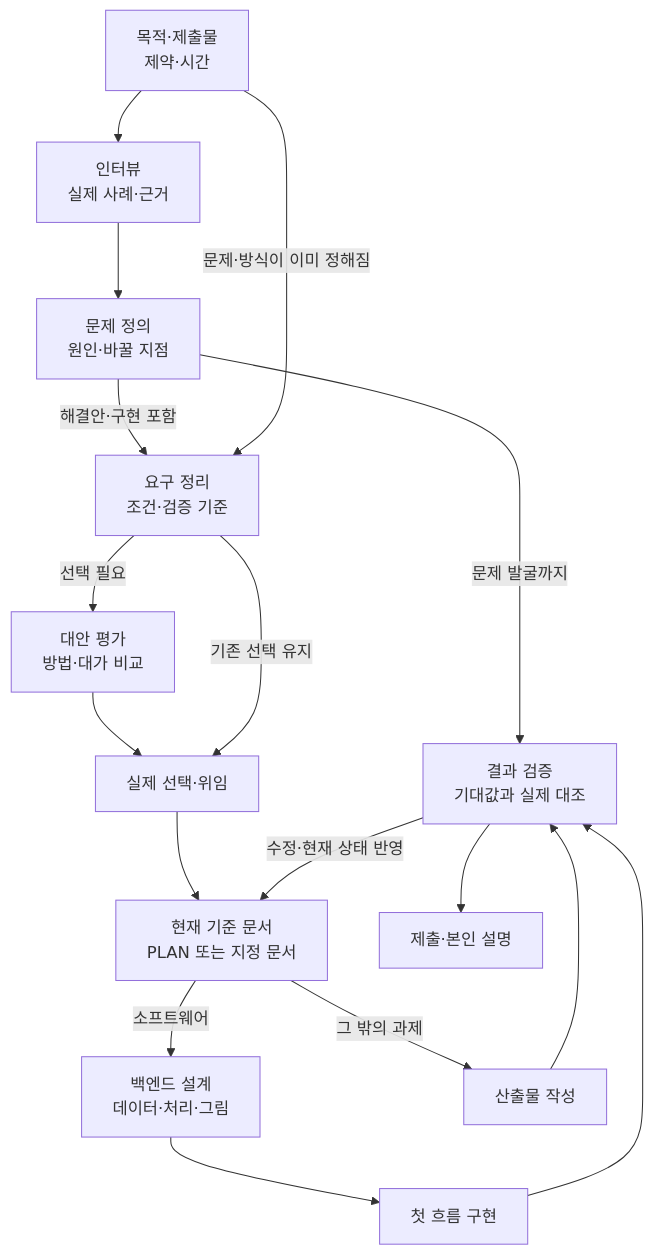
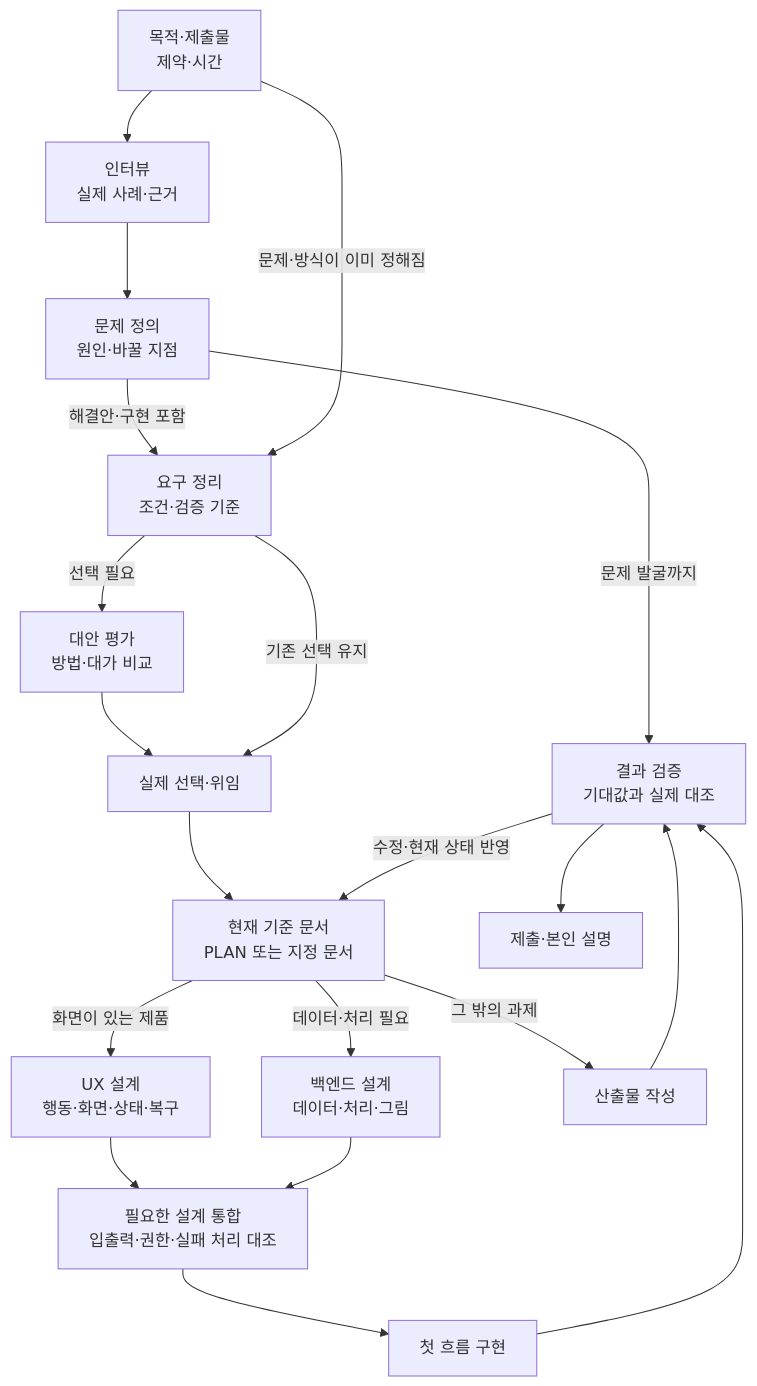
One commit to Hayden-J/product-skill-trees changed the diagram in docs/skill-map.md. Above: the diagram before and after it, drawn with Mermaid. The commit also changed other lines of this file and 14 other files, not shown here.

````diff
--- a/docs/skill-map.md
+++ b/docs/skill-map.md
@@ -11,19 +11,22 @@
 ```mermaid
 flowchart TD
     A["목적·제출물<br/>제약·시간"] --> I["인터뷰<br/>실제 사례·근거"]
     I --> D["문제 정의<br/>원인·바꿀 지점"]
     D -->|문제 발굴까지| V["결과 검증<br/>기대값과 실제 대조"]
     D -->|해결안·구현 포함| R["요구 정리<br/>조건·검증 기준"]
     A -->|문제·방식이 이미 정해짐| R
     R -->|선택 필요| E["대안 평가<br/>방법·대가 비교"]
     E --> C["실제 선택·위임"]
     R -->|기존 선택 유지| C
     C --> PLAN["현재 기준 문서<br/>PLAN 또는 지정 문서"]
-    PLAN -->|소프트웨어| B["백엔드 설계<br/>데이터·처리·그림"]
-    B --> DEV["첫 흐름 구현"]
+    PLAN -->|화면이 있는 제품| UX["UX 설계<br/>행동·화면·상태·복구"]
+    PLAN -->|데이터·처리 필요| B["백엔드 설계<br/>데이터·처리·그림"]
+    UX --> JOIN["필요한 설계 통합<br/>입출력·권한·실패 처리 대조"]
+    B --> JOIN
+    JOIN --> DEV["첫 흐름 구현"]
     PLAN -->|그 밖의 과제| OUT["산출물 작성"]
     DEV --> V
     OUT --> V
     V -->|수정·현재 상태 반영| PLAN
     V --> F["제출·본인 설명"]
 ```
````
